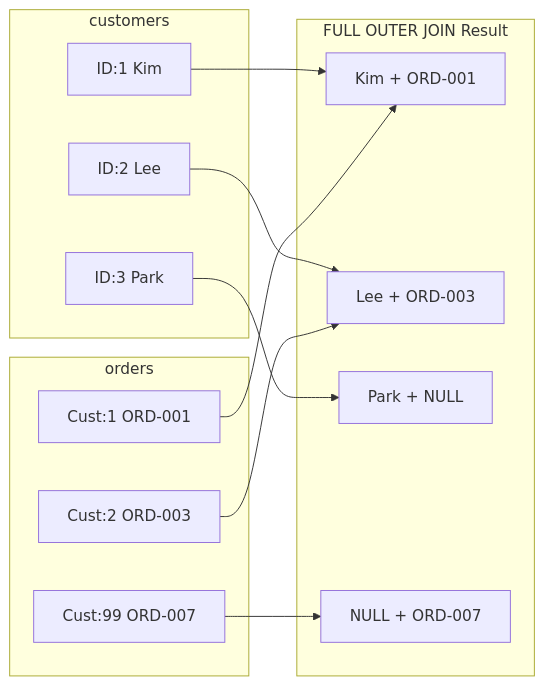
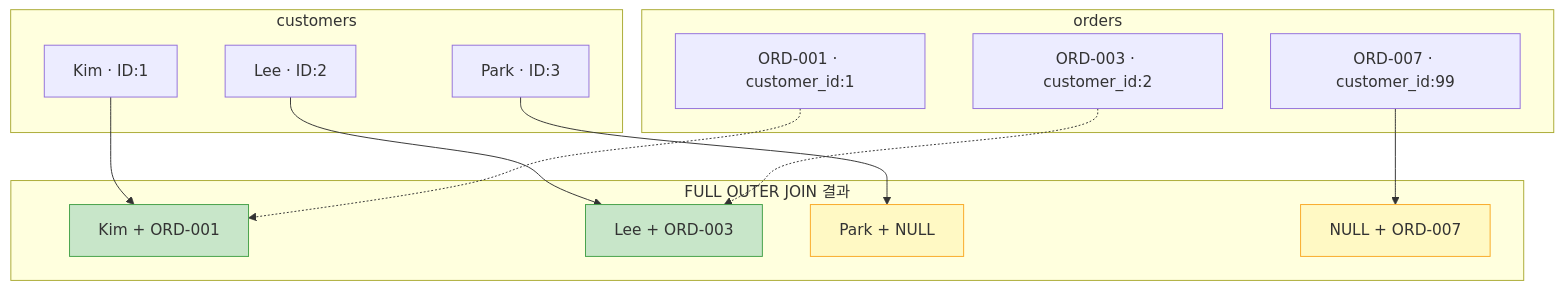
One commit to civilian7/sql-tutorial changed the third of 3 diagrams in docs/ko/intermediate/08-left-join.md. Above: the diagram before and after it, drawn with Mermaid. The commit also changed other lines of this file and 12 other files, not shown here.

First line of the commit message:
Standardize exercises to 10+, add missing topics, improve JOIN diagrams

````diff
--- a/docs/ko/intermediate/08-left-join.md
+++ b/docs/ko/intermediate/08-left-join.md
@@ -252,25 +256,27 @@
 ```mermaid
-flowchart LR
-    subgraph "customers"
-        C1["ID:1 Kim"]
-        C2["ID:2 Lee"]
-        C3["ID:3 Park"]
+flowchart TD
+    subgraph customers["customers"]
+        C1["Kim · ID:1"]
+        C2["Lee · ID:2"]
+        C3["Park · ID:3"]
     end
-    subgraph "orders"
-        O1["Cust:1 ORD-001"]
-        O2["Cust:2 ORD-003"]
-        O4["Cust:99 ORD-007"]
+    subgraph orders["orders"]
+        O1["ORD-001 · customer_id:1"]
+        O2["ORD-003 · customer_id:2"]
+        O4["ORD-007 · customer_id:99"]
     end
-    subgraph "FULL OUTER JOIN Result"
-        R1["Kim + ORD-001"]
-        R2["Lee + ORD-003"]
-        R3["Park + NULL"]
-        R4["NULL + ORD-007"]
+    subgraph result["FULL OUTER JOIN 결과"]
+        R1["Kim + ORD-001"]:::matched
+        R2["Lee + ORD-003"]:::matched
+        R3["Park + NULL"]:::kept
+        R4["NULL + ORD-007"]:::kept
     end
     C1 --> R1
     C2 --> R2
     C3 --> R3
-    O1 --> R1
-    O2 --> R2
+    O1 -.-> R1
+    O2 -.-> R2
     O4 --> R4
+    classDef matched fill:#c8e6c9,stroke:#43a047
+    classDef kept fill:#fff9c4,stroke:#f9a825
 ```
````
